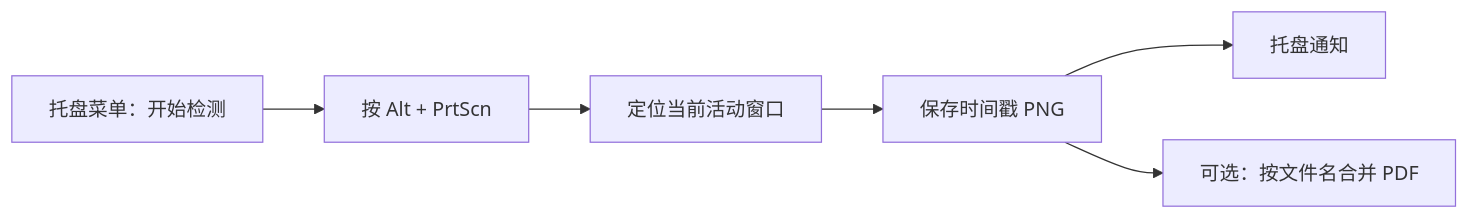
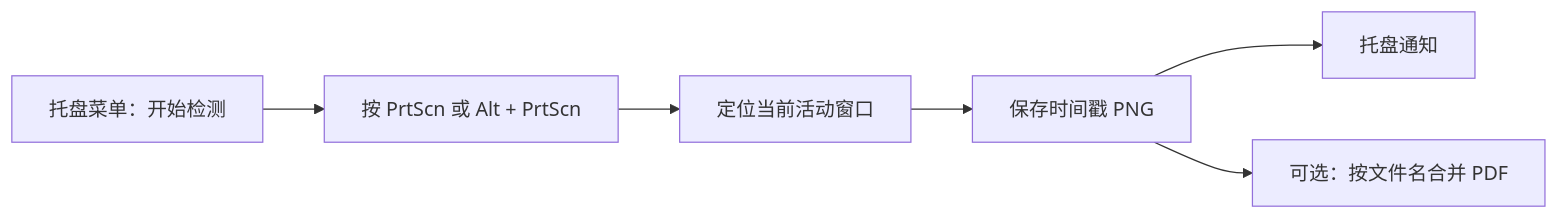
Before and after one commit to zzzsssyyy1995/AltPrtScnCapture: the diagram in README.md, drawn with Mermaid. The commit also changed other lines of this file and 3 other files, not shown here.

````diff
--- a/README.md
+++ b/README.md
@@ -54,8 +58,8 @@
 ```mermaid
 flowchart LR
-    A["托盘菜单：开始检测"] --> B["按 Alt + PrtScn"]
+    A["托盘菜单：开始检测"] --> B["按 PrtScn 或 Alt + PrtScn"]
     B --> C["定位当前活动窗口"]
     C --> D["保存时间戳 PNG"]
     D --> E["托盘通知"]
     D --> F["可选：按文件名合并 PDF"]
 ```
````
